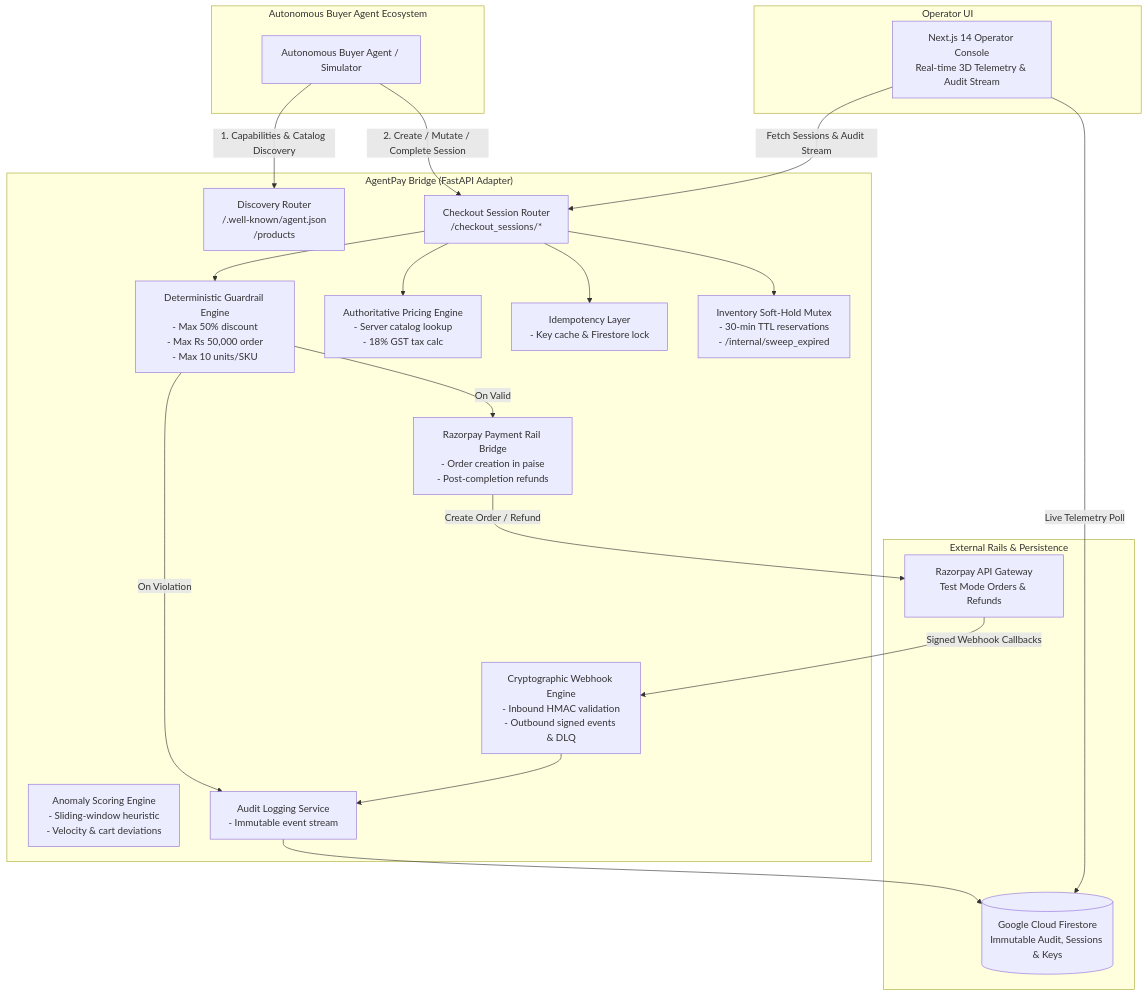
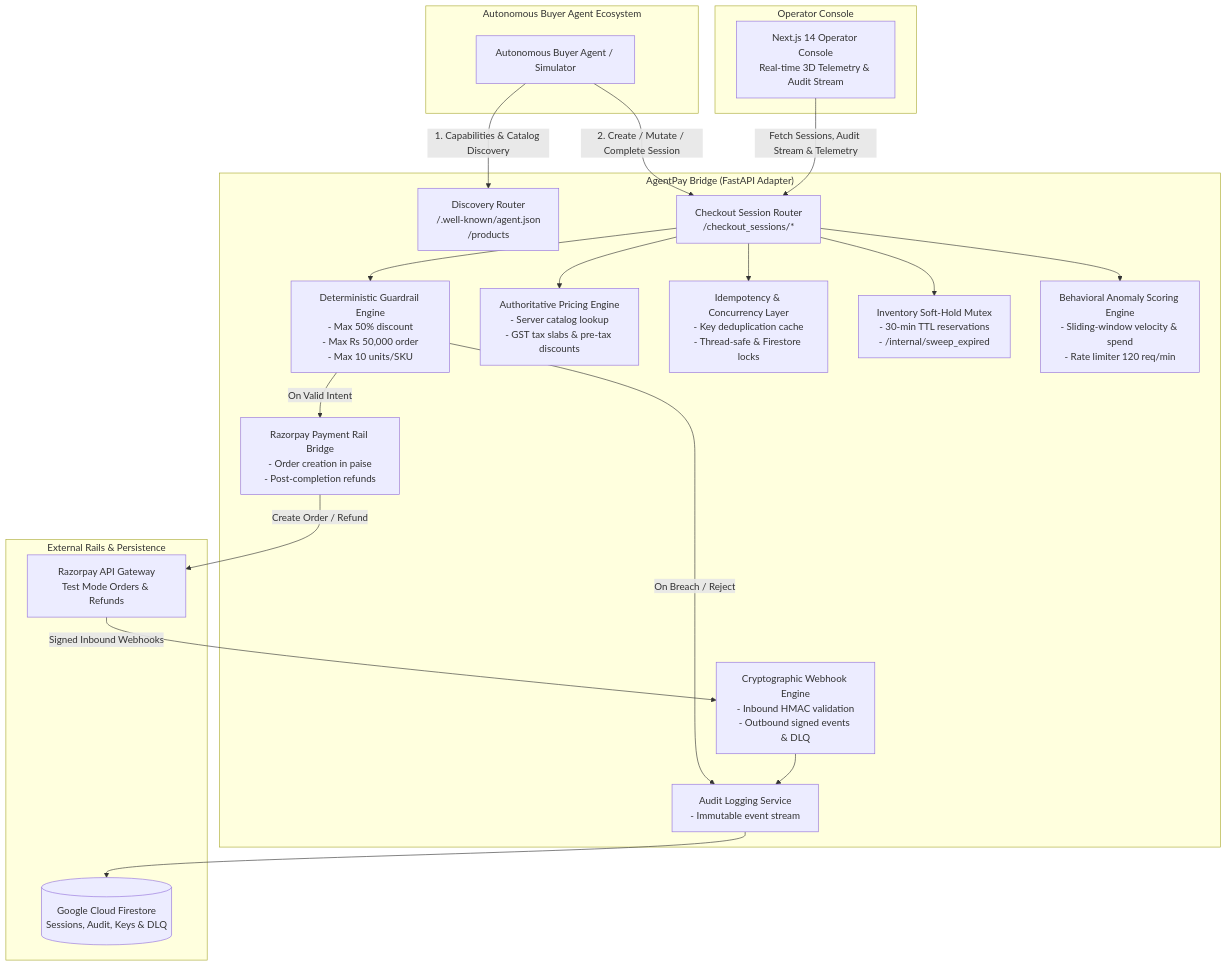
The first of 2 diagrams in docs/architecture.md (mohanprasath-dev/razorpay-acp-adapter), drawn with Mermaid before and after one commit. The commit also changed other lines of this file, not shown here.

````diff
--- a/docs/architecture.md
+++ b/docs/architecture.md
@@ -12,44 +12,44 @@
 ```mermaid
 flowchart TD
     subgraph BuyerAgent["Autonomous Buyer Agent Ecosystem"]
         Agent[Autonomous Buyer Agent / Simulator]
     end
 
     subgraph AgentPayBridge["AgentPay Bridge (FastAPI Adapter)"]
         Discovery[Discovery Router\n/.well-known/agent.json\n/products]
         CheckoutRouter[Checkout Session Router\n/checkout_sessions/*]
         Guardrails[Deterministic Guardrail Engine\n- Max 50% discount\n- Max Rs 50,000 order\n- Max 10 units/SKU]
-        Pricing[Authoritative Pricing Engine\n- Server catalog lookup\n- 18% GST tax calc]
-        Idempotency[Idempotency Layer\n- Key cache & Firestore lock]
+        Pricing[Authoritative Pricing Engine\n- Server catalog lookup\n- GST tax slabs & pre-tax discounts]
+        Idempotency[Idempotency & Concurrency Layer\n- Key deduplication cache\n- Thread-safe & Firestore locks]
         InventoryMutex[Inventory Soft-Hold Mutex\n- 30-min TTL reservations\n- /internal/sweep_expired]
-        AnomalyEngine[Anomaly Scoring Engine\n- Sliding-window heuristic\n- Velocity & cart deviations]
+        AnomalyEngine[Behavioral Anomaly Scoring Engine\n- Sliding-window velocity & spend\n- Rate limiter 120 req/min]
         RazorpayBridge[Razorpay Payment Rail Bridge\n- Order creation in paise\n- Post-completion refunds]
         WebhookService[Cryptographic Webhook Engine\n- Inbound HMAC validation\n- Outbound signed events & DLQ]
         AuditService[Audit Logging Service\n- Immutable event stream]
     end
 
     subgraph DataAndPayment["External Rails & Persistence"]
-        Firestore[(Google Cloud Firestore\nImmutable Audit, Sessions & Keys)]
+        Firestore[(Google Cloud Firestore\nSessions, Audit, Keys & DLQ)]
         RazorpayAPI[Razorpay API Gateway\nTest Mode Orders & Refunds]
     end
 
-    subgraph Dashboard["Operator UI"]
+    subgraph Dashboard["Operator Console"]
         NextDashboard[Next.js 14 Operator Console\nReal-time 3D Telemetry & Audit Stream]
     end
 
     %% Flow connections
     Agent -->|1. Capabilities & Catalog Discovery| Discovery
     Agent -->|2. Create / Mutate / Complete Session| CheckoutRouter
     CheckoutRouter --> Idempotency
     CheckoutRouter --> Pricing
     CheckoutRouter --> InventoryMutex
     CheckoutRouter --> Guardrails
-    Guardrails -->|On Violation| AuditService
-    Guardrails -->|On Valid| RazorpayBridge
+    CheckoutRouter --> AnomalyEngine
+    Guardrails -->|On Breach / Reject| AuditService
+    Guardrails -->|On Valid Intent| RazorpayBridge
     RazorpayBridge -->|Create Order / Refund| RazorpayAPI
-    RazorpayAPI -->|Signed Webhook Callbacks| WebhookService
+    RazorpayAPI -->|Signed Inbound Webhooks| WebhookService
     WebhookService --> AuditService
     AuditService --> Firestore
-    NextDashboard -->|Fetch Sessions & Audit Stream| CheckoutRouter
-    NextDashboard -->|Live Telemetry Poll| Firestore
+    NextDashboard -->|Fetch Sessions, Audit Stream & Telemetry| CheckoutRouter
 ```
````
